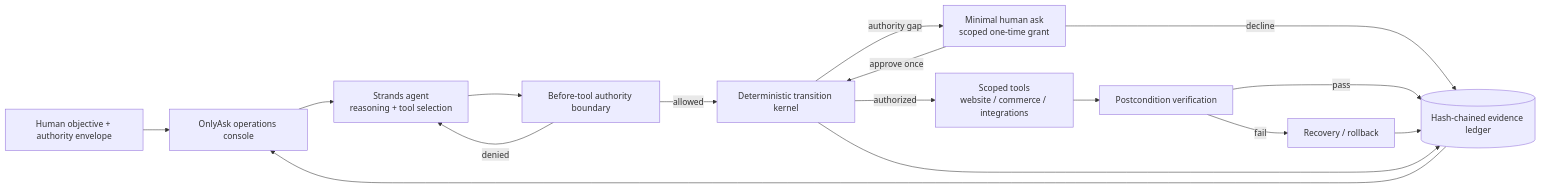
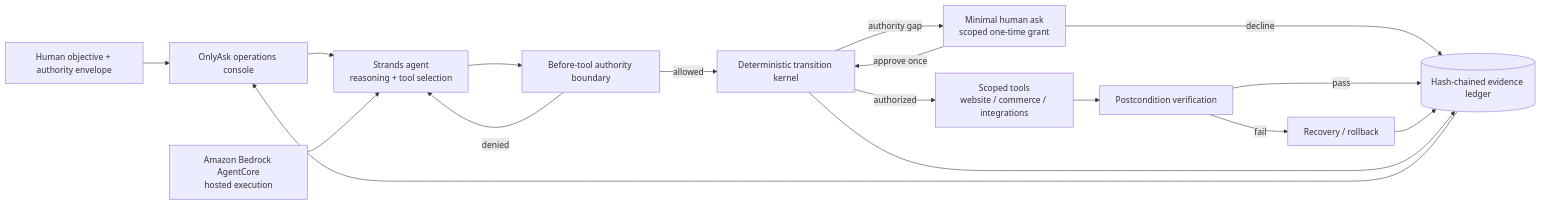
The diagram in ARCHITECTURE.md (altrudev/OnlyAsk), drawn with Mermaid before and after one commit. The commit also changed other lines of this file, not shown here.

````diff
--- a/ARCHITECTURE.md
+++ b/ARCHITECTURE.md
@@ -11,29 +11,31 @@
 ```mermaid
 flowchart LR
     H[Human objective + authority envelope]
     UI[OnlyAsk operations console]
     S[Strands agent\nreasoning + tool selection]
     B[Before-tool authority boundary]
     K[Deterministic transition kernel]
     T[Scoped tools\nwebsite / commerce / integrations]
     V[Postcondition verification]
     R[Recovery / rollback]
     L[(Hash-chained evidence ledger)]
     A[Minimal human ask\nscoped one-time grant]
+    C[Amazon Bedrock AgentCore\nhosted execution]
 
     H --> UI
     UI --> S
+    C --> S
     S --> B
     B -->|allowed| K
     B -->|denied| S
     K -->|authorized| T
     K -->|authority gap| A
     A -->|approve once| K
     A -->|decline| L
     T --> V
     V -->|pass| L
     V -->|fail| R
     R --> L
     L --> UI
     K --> L
 ```
````
